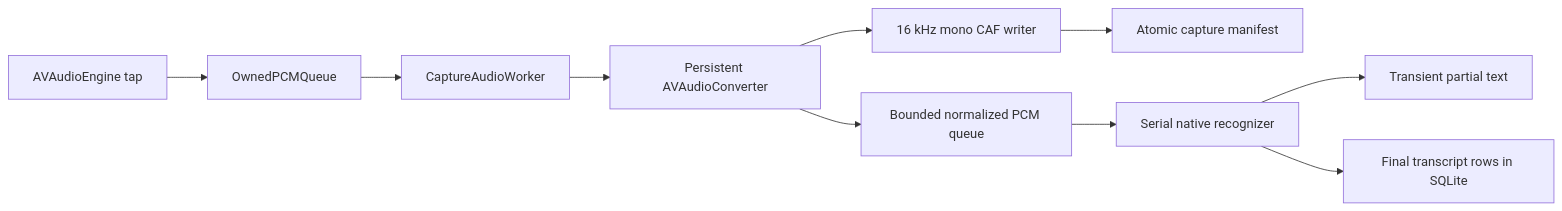
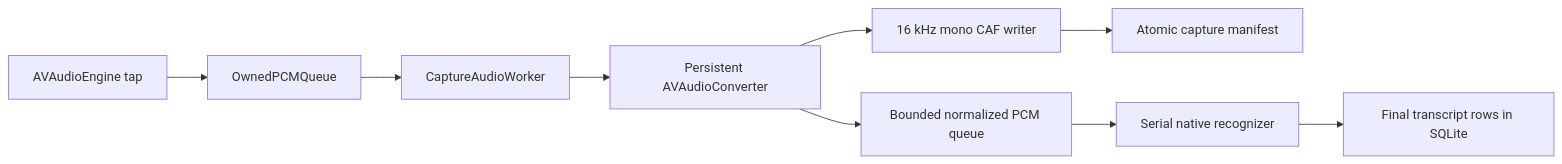
One commit to niranjankaruna/localminutes-ios changed the second of 2 diagrams in ARCHITECTURE.md. Above: the diagram before and after it, drawn with Mermaid. The commit also changed other lines of this file and 72 other files, not shown here.

````diff
--- a/ARCHITECTURE.md
+++ b/ARCHITECTURE.md
@@ -75,12 +75,11 @@
 ```mermaid
 flowchart LR
     Mic[AVAudioEngine tap] --> Queue[OwnedPCMQueue]
     Queue --> Worker[CaptureAudioWorker]
     Worker --> Convert[Persistent AVAudioConverter]
     Convert --> Writer[16 kHz mono CAF writer]
     Writer --> Manifest[Atomic capture manifest]
     Convert --> LiveQueue[Bounded normalized PCM queue]
     LiveQueue --> Recognizer[Serial native recognizer]
-    Recognizer --> Partial[Transient partial text]
     Recognizer --> Final[Final transcript rows in SQLite]
 ```
````
